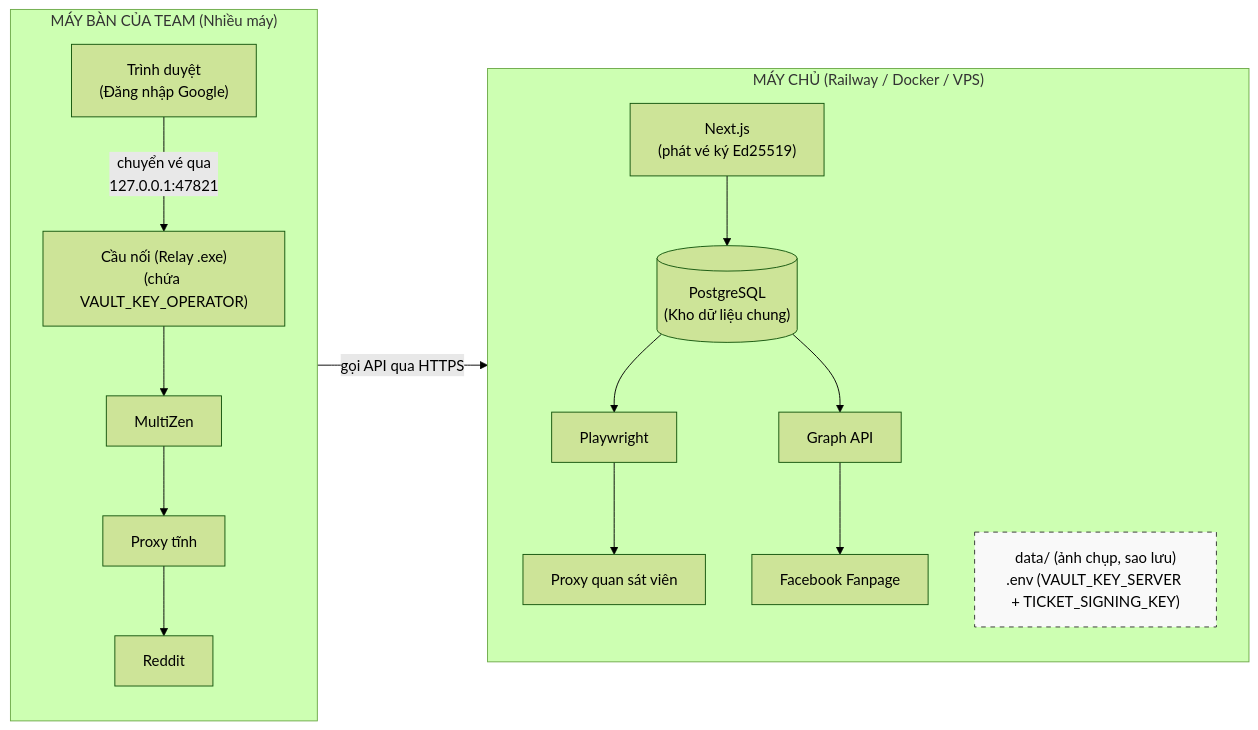
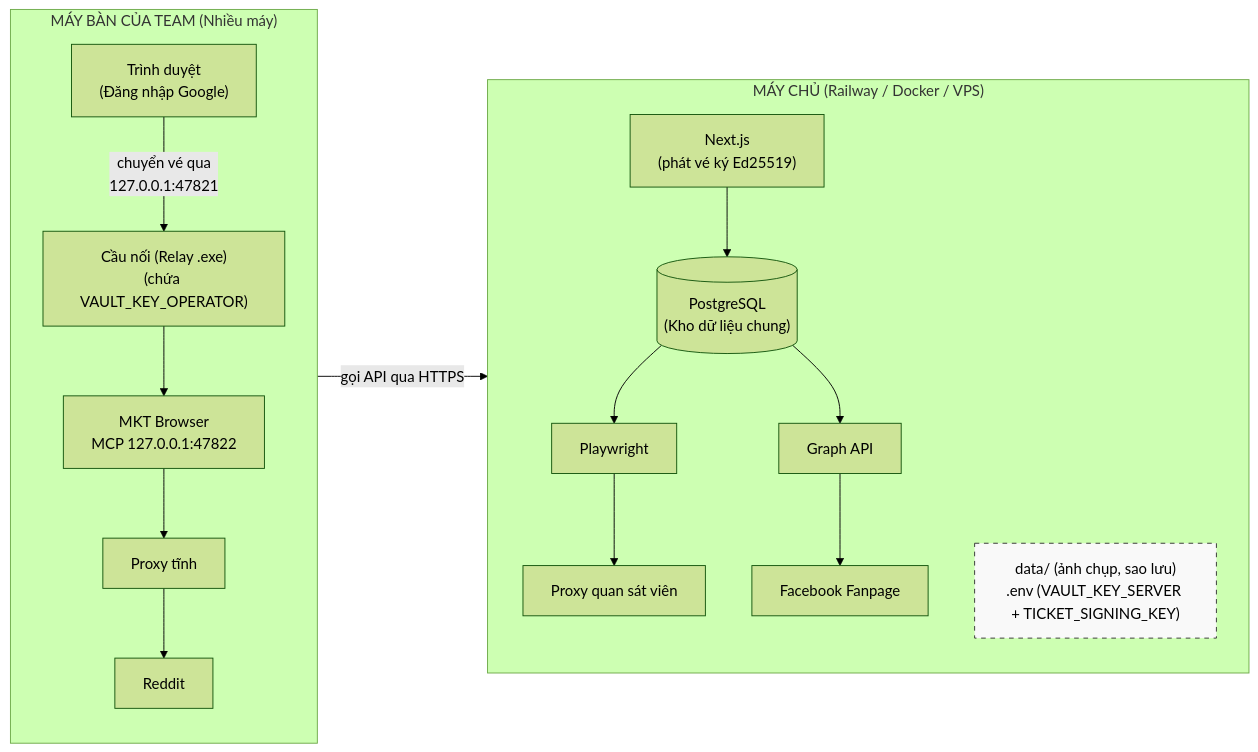
Before and after one commit to FinanceBullkk/MKTTool: the first of 2 diagrams in docs/system-architecture.md, drawn with Mermaid (forest theme). The commit also changed other lines of this file and 9 other files, not shown here.

First line of the commit message:
docs(mkt-browser): record the MKB-W02 internal clean break

````diff
--- a/docs/system-architecture.md
+++ b/docs/system-architecture.md
@@ -13,37 +13,37 @@
 ```mermaid
 flowchart LR
     subgraph Server["MÁY CHỦ (Railway / Docker / VPS)"]
         direction TB
         NextJS["Next.js<br/>(phát vé ký Ed25519)"]
         DB[("PostgreSQL<br/>(Kho dữ liệu chung)")]
         Playwright["Playwright"]
         ProxyQuanSat["Proxy quan sát viên"]
         GraphAPI["Graph API"]
         FB["Facebook Fanpage"]
         Config["data/ (ảnh chụp, sao lưu)<br/>.env (VAULT_KEY_SERVER + TICKET_SIGNING_KEY)"]
-        
+
         NextJS --> DB
         DB --> Playwright
         Playwright --> ProxyQuanSat
         DB --> GraphAPI
         GraphAPI --> FB
-        
+
         style Config fill:#f9f9f9,stroke:#333,stroke-dasharray: 5 5
     end
 
     subgraph Client["MÁY BÀN CỦA TEAM (Nhiều máy)"]
         direction TB
         Browser["Trình duyệt<br/>(Đăng nhập Google)"]
         Relay["Cầu nối (Relay .exe)<br/>(chứa VAULT_KEY_OPERATOR)"]
-        MultiZen["MultiZen"]
+        MktBrowser["MKT Browser<br/>MCP 127.0.0.1:47822"]
         ProxyTinh["Proxy tĩnh"]
         Reddit["Reddit"]
 
         Browser -- "chuyển vé qua<br/>127.0.0.1:47821" --> Relay
-        Relay --> MultiZen
-        MultiZen --> ProxyTinh
+        Relay --> MktBrowser
+        MktBrowser --> ProxyTinh
         ProxyTinh --> Reddit
     end
 
     Browser -- "gọi API qua HTTPS" --> NextJS
 ```
````
